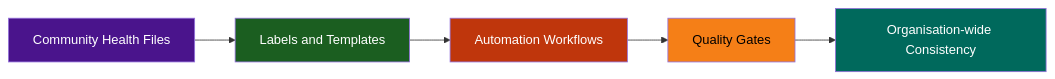
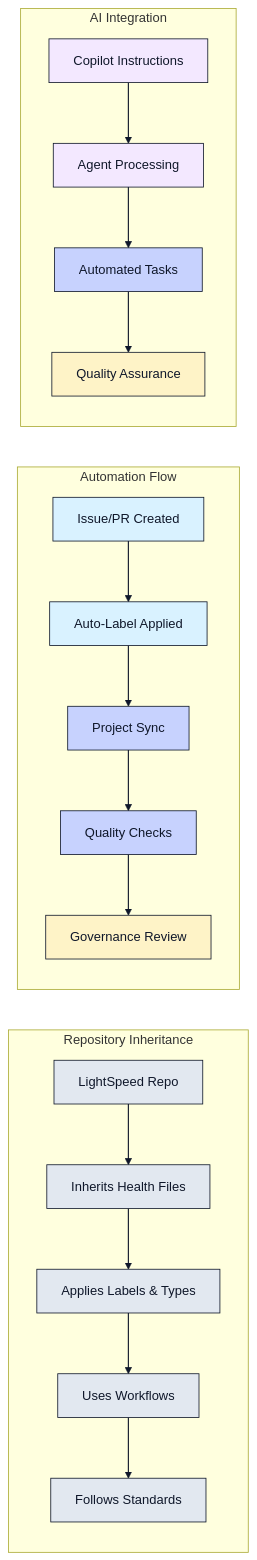
One commit to lightspeedwp/.github changed the second of 7 diagrams in README.md. Above: the diagram before and after it, drawn with Mermaid. The commit also changed other lines of this file and 1240 other files, not shown here.

First line of the commit message:
feat: Project Meta Sync Agent v2 — Phase 5B Complete (Spec, Prompt, Package, Tests) (#1976)

````diff
--- a/README.md
+++ b/README.md
@@ -72,15 +226,47 @@
 ```mermaid
-graph LR
-  accTitle: graph diagram
-  accDescr: graph flowchart
-    A["Community Health Files"] --> B["Labels and Templates"]
-    B --> C["Automation Workflows"]
-    C --> D["Quality Gates"]
-    D --> E["Organisation-wide Consistency"]
+flowchart LR
+accTitle: Inheritance and automation flow
+accDescr: Shows how canonical community health files propagate through automation workflows and AI integration to enforce labels, standards, and governance.
+  subgraph "Repository Inheritance"
+    A[LightSpeed Repo] --> B[Inherits Health Files]
+    B --> C[Applies Labels & Types]
+    C --> D[Uses Workflows]
+    D --> E[Follows Standards]
+  end
 
-    style A fill:#4a148c,color:#fff
-    style B fill:#1b5e20,color:#fff
-    style C fill:#bf360c,color:#fff
-    style D fill:#f57f17,color:#000
-    style E fill:#00695c,color:#fff
+  subgraph "Automation Flow"
+    F[Issue/PR Created] --> G[Auto-Label Applied]
+    G --> H[Project Sync]
+    H --> I[Quality Checks]
+    I --> J[Governance Review]
+  end
+
+  subgraph "AI Integration"
+    K[Copilot Instructions] --> L[Agent Processing]
+    L --> M[Automated Tasks]
+    M --> N[Quality Assurance]
+  end
+
+  classDef repo fill:#e2e8f0,stroke:#0f172a,color:#0f172a
+  classDef automation fill:#d9f2ff,stroke:#0f172a,color:#0f172a
+  classDef ai fill:#f3e8ff,stroke:#0f172a,color:#0f172a
+  classDef development fill:#c7d2fe,stroke:#0f172a,color:#0f172a
+  classDef review fill:#fef3c7,stroke:#0f172a,color:#0f172a
+
+  class A repo
+  class B repo
+  class C repo
+  class D repo
+  class E repo
+  class F automation
+  class G automation
+  class H development
+  class I development
+  class J review
+  class K ai
+  class L ai
+  class M development
+  class N review
+
+  linkStyle default stroke:#0f172a,stroke-width:1.4px
 ```
````
